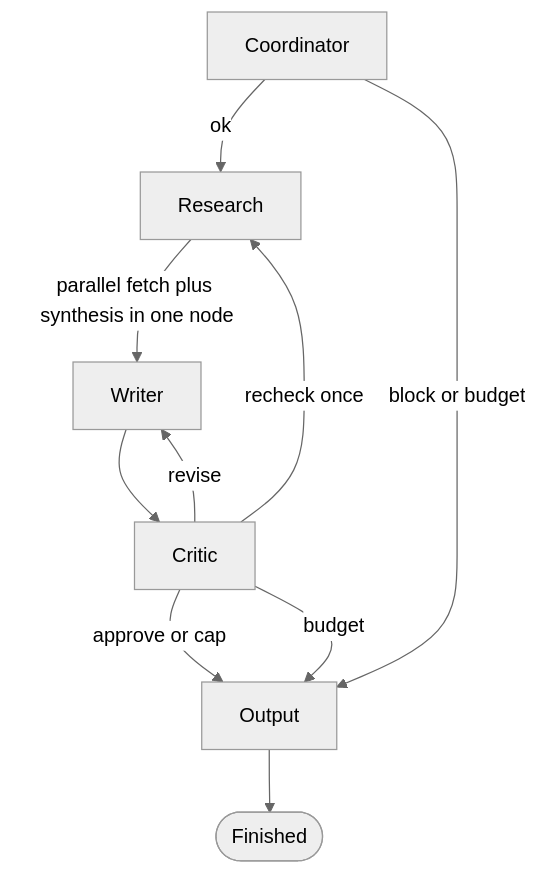
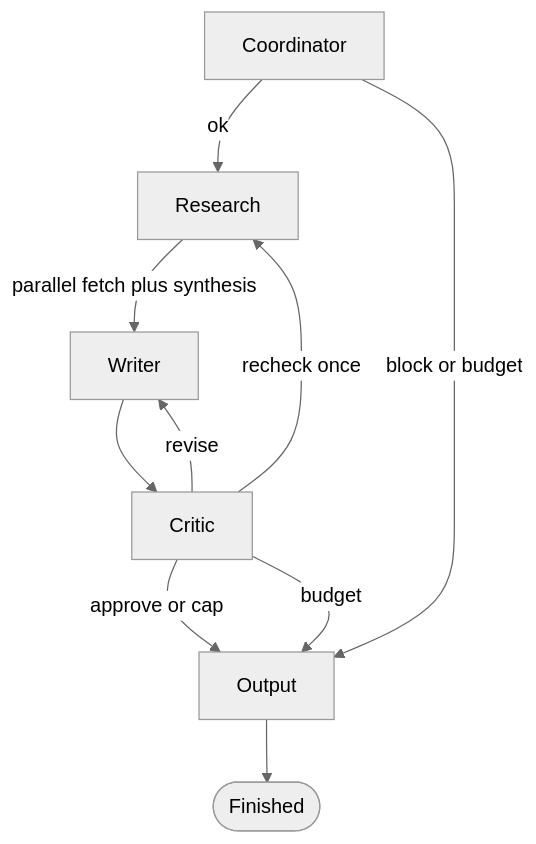
Before and after one commit to cmengu/Agnes-Beta: the second of 2 diagrams in README.md, drawn with Mermaid (neutral theme). The commit also changed other lines of this file, not shown here.

````diff
--- a/README.md
+++ b/README.md
@@ -61,19 +92,19 @@
 ```mermaid
 graph TD
   CO[Coordinator]
   RE[Research]
   WR[Writer]
   CR[Critic]
   OUT[Output]
   FIN([Finished])
 
   CO -->|ok| RE
   CO -->|block or budget| OUT
-  RE -->|parallel fetch plus synthesis in one node| WR
+  RE -->|parallel fetch plus synthesis| WR
   WR --> CR
   CR -->|recheck once| RE
   CR -->|revise| WR
   CR -->|approve or cap| OUT
   CR -->|budget| OUT
   OUT --> FIN
 ```
````
